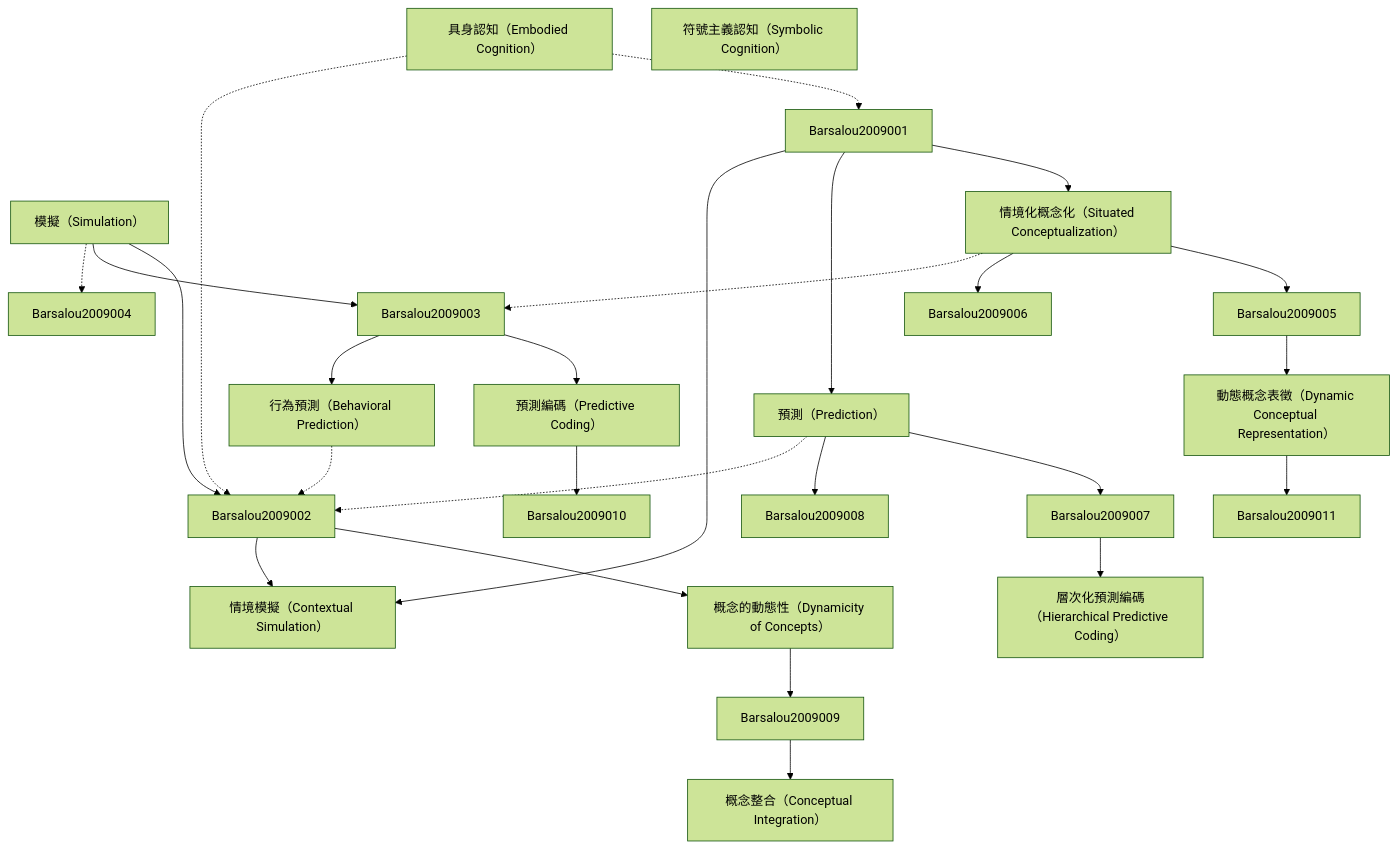
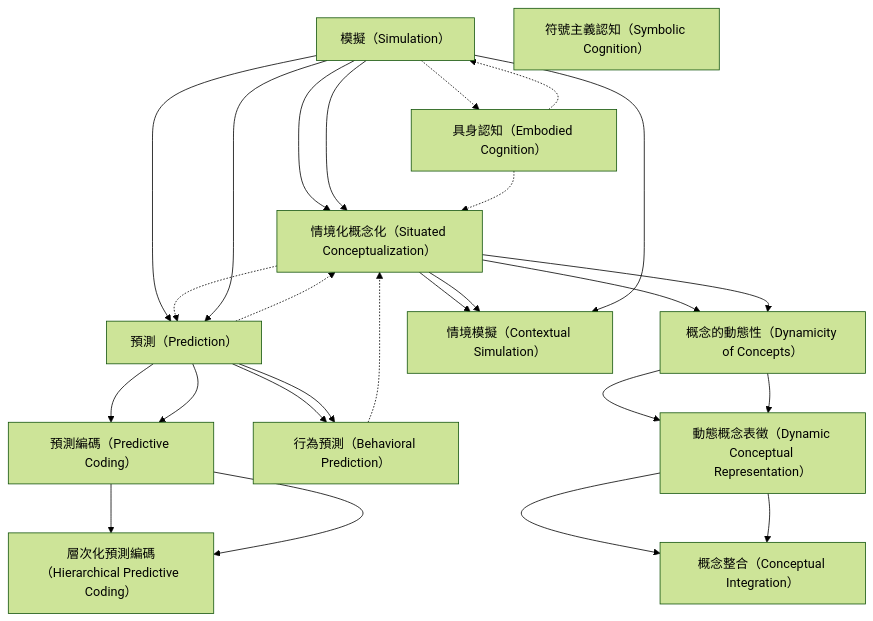
One commit to SCgeeker/Claude_Journal_Club_Agents changed the diagram in output/zettelkasten_notes/zettel_Barsalou-2009_20251104/zettel_index.md. Above: the diagram before and after it, drawn with Mermaid (forest theme). The commit also changed other lines of this file and 893 other files, not shown here.

````diff
--- a/output/zettelkasten_notes/zettel_Barsalou-2009_20251104/zettel_index.md
+++ b/output/zettelkasten_notes/zettel_Barsalou-2009_20251104/zettel_index.md
@@ -112,7 +101,7 @@
     Barsalou-2009-004["具身認知（Embodied Cognition）"]
 
     Barsalou-2009-005["概念的動態性（Dynamicity of Concepts）"]
-
+	
     Barsalou-2009-006["情境模擬（Contextual Simulation）"]
 
     Barsalou-2009-007["預測編碼（Predictive Coding）"]
@@ -127,144 +116,54 @@
 
     Barsalou-2009-012["符號主義認知（Symbolic Cognition）"]
 
+    Barsalou-2009-001 --> Barsalou-2009-002
 
+    Barsalou-2009-001 --> Barsalou-2009-003
 
+    Barsalou-2009-001 -.-> Barsalou-2009-004
 
+    Barsalou-2009-001 --> Barsalou-2009-002
 
+    Barsalou-2009-002 --> Barsalou-2009-005
 
-    Barsalou-2009-001 --> Barsalou2009002
+    Barsalou-2009-002 --> Barsalou-2009-006
 
-    Barsalou-2009-001 --> Barsalou2009003
+    Barsalou-2009-002 -.-> Barsalou-2009-003
 
+    Barsalou-2009-001 --> Barsalou-2009-003
 
+    Barsalou-2009-003 --> Barsalou-2009-007
 
+    Barsalou-2009-003 --> Barsalou-2009-008
 
-    Barsalou-2009-001 -.-> Barsalou2009004
+    Barsalou-2009-003 -.-> Barsalou-2009-002
 
+    Barsalou-2009-004 -.-> Barsalou-2009-001
 
+    Barsalou-2009-004 -.-> Barsalou-2009-002
 
+    Barsalou-2009-002 --> Barsalou-2009-005
 
+    Barsalou-2009-005 --> Barsalou-2009-009
 
-    Barsalou2009001 --> Barsalou-2009-002
+    Barsalou-2009-002 --> Barsalou-2009-006
 
+    Barsalou-2009-001 --> Barsalou-2009-006
 
+    Barsalou-2009-003 --> Barsalou-2009-007
 
+    Barsalou-2009-007 --> Barsalou-2009-010
 
-    Barsalou-2009-002 --> Barsalou2009005
+    Barsalou-2009-003 --> Barsalou-2009-008
 
-    Barsalou-2009-002 --> Barsalou2009006
+    Barsalou-2009-008 -.-> Barsalou-2009-002
 
+    Barsalou-2009-005 --> Barsalou-2009-009
 
+    Barsalou-2009-009 --> Barsalou-2009-011
 
+    Barsalou-2009-007 --> Barsalou-2009-010
 
-    Barsalou-2009-002 -.-> Barsalou2009003
-
-
-
-
-
-    Barsalou2009001 --> Barsalou-2009-003
-
-
-
-
-    Barsalou-2009-003 --> Barsalou2009007
-
-    Barsalou-2009-003 --> Barsalou2009008
-
-
-
-
-    Barsalou-2009-003 -.-> Barsalou2009002
-
-
-
-
-
-
-
-    Barsalou-2009-004 -.-> Barsalou2009001
-
-    Barsalou-2009-004 -.-> Barsalou2009002
-
-
-
-
-
-    Barsalou2009002 --> Barsalou-2009-005
-
-
-
-
-    Barsalou-2009-005 --> Barsalou2009009
-
-
-
-
-
-
-    Barsalou2009002 --> Barsalou-2009-006
-
-    Barsalou2009001 --> Barsalou-2009-006
-
-
-
-
-
-
-
-    Barsalou2009003 --> Barsalou-2009-007
-
-
-
-
-    Barsalou-2009-007 --> Barsalou2009010
-
-
-
-
-
-
-    Barsalou2009003 --> Barsalou-2009-008
-
-
-
-
-
-    Barsalou-2009-008 -.-> Barsalou2009002
-
-
-
-
-
-    Barsalou2009005 --> Barsalou-2009-009
-
-
-
-
-    Barsalou-2009-009 --> Barsalou2009011
-
-
-
-
-
-
-    Barsalou2009007 --> Barsalou-2009-010
-
-
-
-
-
-
-
-    Barsalou2009009 --> Barsalou-2009-011
-
-
-
-
-
-
-
-
+    Barsalou-2009-009 --> Barsalou-2009-011
 
 ```
````
